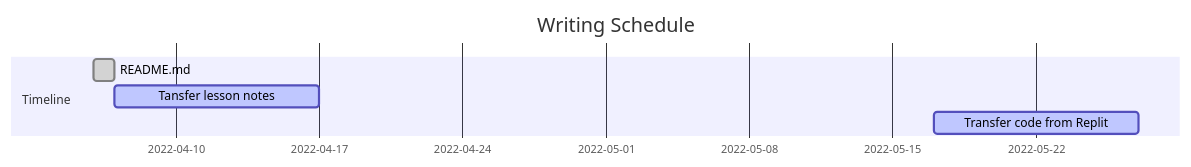
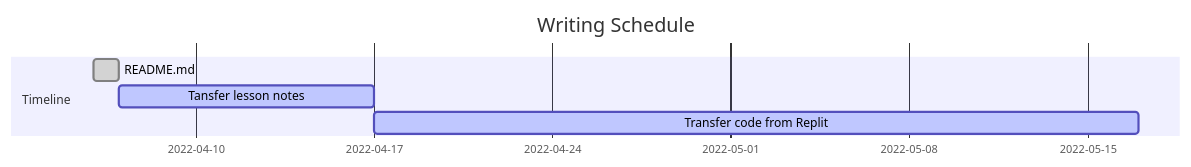
Before and after one commit to ahmad-buhari/python-basics: the diagram in README.md, drawn with Mermaid.

````diff
--- a/README.md
+++ b/README.md
@@ -9,10 +9,10 @@
 ```mermaid
       gantt
       dateFormat YYYY-MM-DD
       title Writing Schedule
       
       Section Timeline
       README.md             :done,      de1, 2022-04-06, 2022-04-07
       Tansfer lesson notes          :active,    des2, 2022-04-07, 10d
-      Transfer code from Replit     : active, des3, 2022-05-17, 10d
+      Transfer code from Replit     : active, des3, 2022-04-17, 30d
 ```
````
